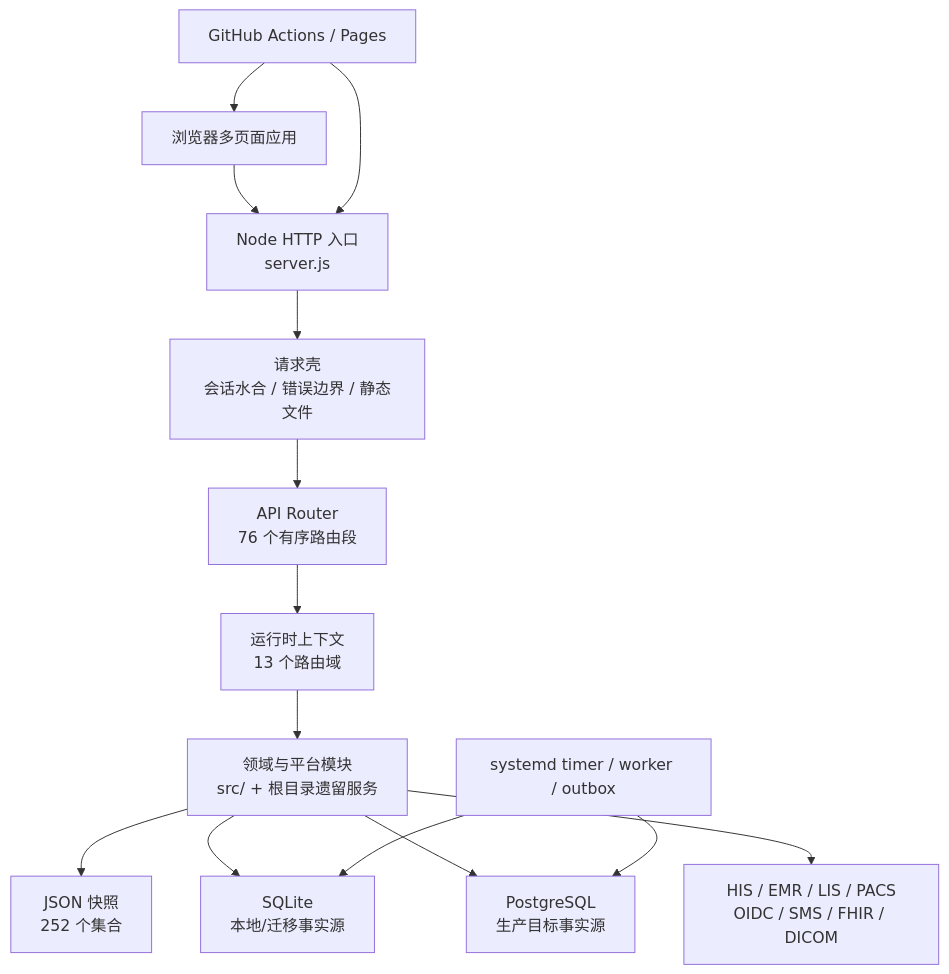
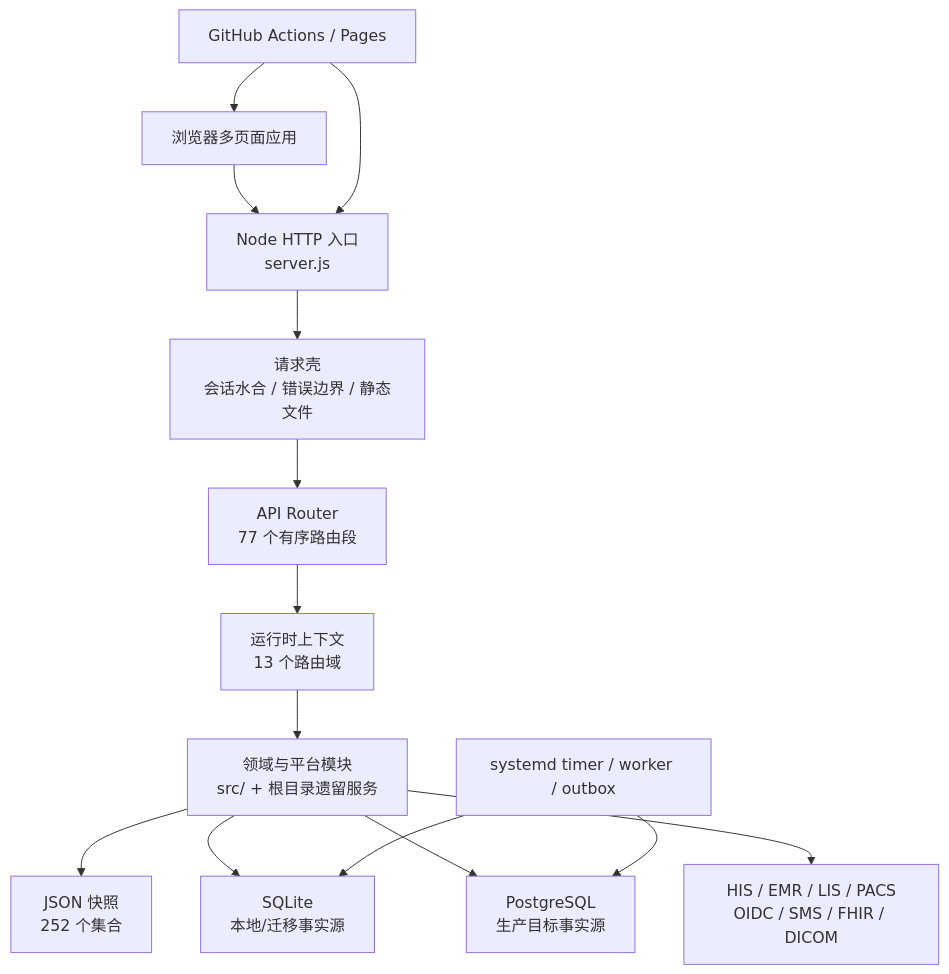
Before and after one commit to xujiann/chronic-care-platform: the diagram in CURRENT_ARCHITECTURE.md, drawn with Mermaid. The commit also changed other lines of this file and 40 other files, not shown here.

````diff
--- a/CURRENT_ARCHITECTURE.md
+++ b/CURRENT_ARCHITECTURE.md
@@ -54,16 +60,16 @@
 ```mermaid
 flowchart TB
   B["浏览器多页面应用"] --> H["Node HTTP 入口\nserver.js"]
   H --> P["请求壳\n会话水合 / 错误边界 / 静态文件"]
-  P --> R["API Router\n76 个有序路由段"]
+  P --> R["API Router\n77 个有序路由段"]
   R --> C["运行时上下文\n13 个路由域"]
   C --> D["领域与平台模块\nsrc/ + 根目录遗留服务"]
   D --> J["JSON 快照\n252 个集合"]
   D --> S["SQLite\n本地/迁移事实源"]
   D --> PG["PostgreSQL\n生产目标事实源"]
   D --> E["HIS / EMR / LIS / PACS\nOIDC / SMS / FHIR / DICOM"]
   W["systemd timer / worker / outbox"] --> S
   W --> PG
   G["GitHub Actions / Pages"] --> B
   G --> H
 ```
````
